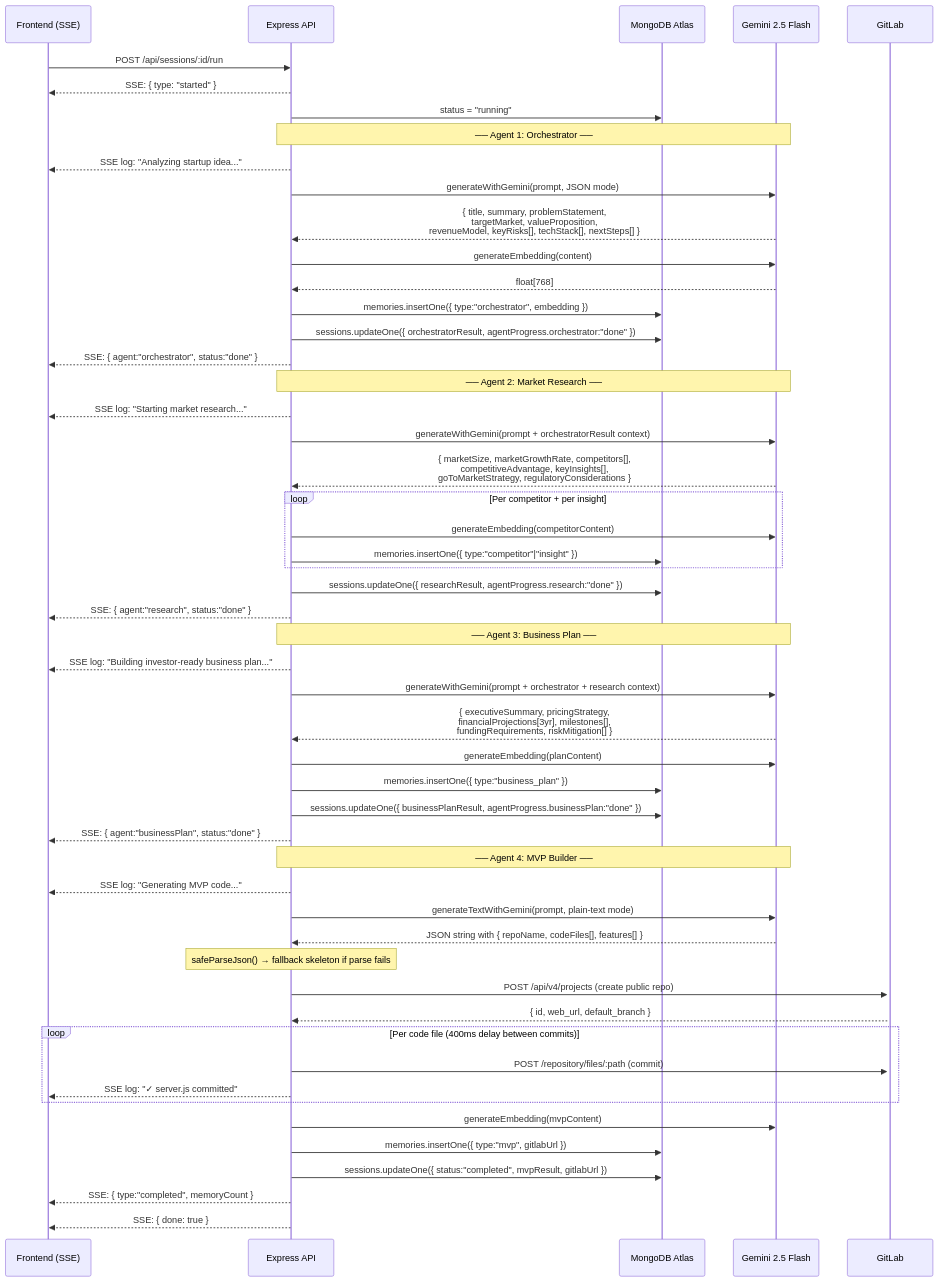
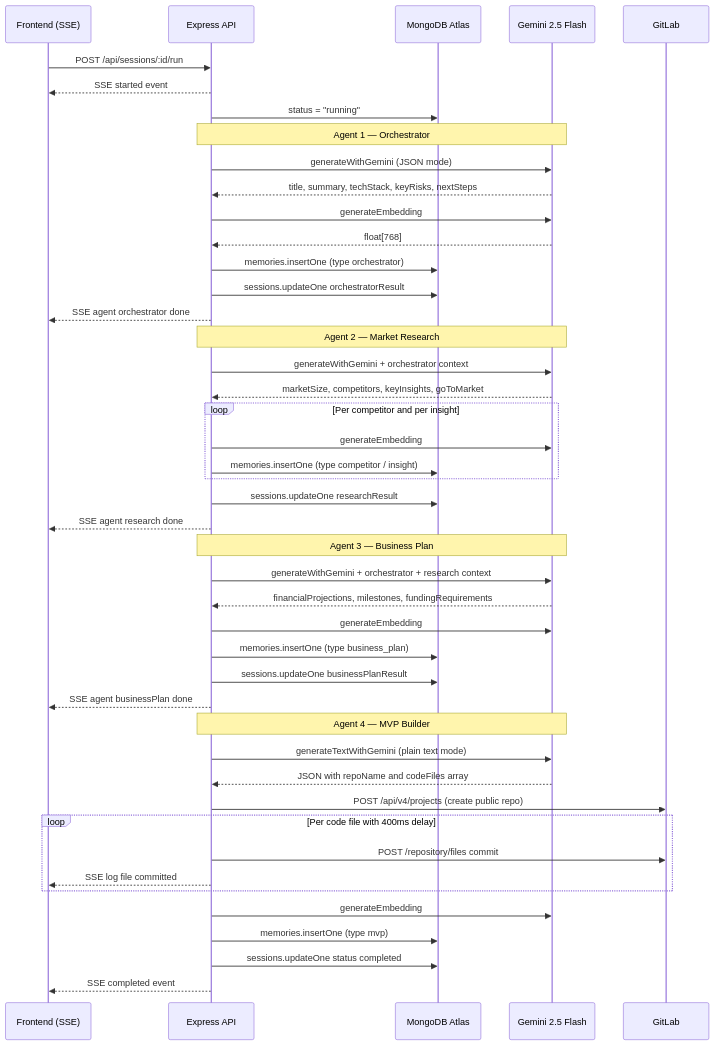
Before and after one commit to muhammad-hameed-ai/FounderAI: the second of 6 diagrams in README.md, drawn with Mermaid. The commit also changed other lines of this file, not shown here.

Commit message:
fix: remove CDATA wrapper that broke README rendering on GitHub

````diff
--- a/README.md
+++ b/README.md
@@ -159,58 +152,51 @@
 ```mermaid
 sequenceDiagram
     participant FE as Frontend (SSE)
     participant API as Express API
     participant DB as MongoDB Atlas
     participant G as Gemini 2.5 Flash
 
     FE->>API: POST /api/sessions/:id/run
-    API-->>FE: SSE: { type: "started" }
+    API-->>FE: SSE started event
     API->>DB: status = "running"
 
-    Note over API,G: ── Agent 1: Orchestrator ──
-    API-->>FE: SSE log: "Analyzing startup idea..."
-    API->>G: generateWithGemini(prompt, JSON mode)
-    G-->>API: { title, summary, problemStatement,<br/>targetMarket, valueProposition,<br/>revenueModel, keyRisks[], techStack[], nextSteps[] }
-    API->>G: generateEmbedding(content)
+    Note over API,G: Agent 1 — Orchestrator
+    API->>G: generateWithGemini (JSON mode)
+    G-->>API: title, summary, techStack, keyRisks, nextSteps
+    API->>G: generateEmbedding
     G-->>API: float[768]
-    API->>DB: memories.insertOne({ type:"orchestrator", embedding })
-    API->>DB: sessions.updateOne({ orchestratorResult, agentProgress.orchestrator:"done" })
-    API-->>FE: SSE: { agent:"orchestrator", status:"done" }
+    API->>DB: memories.insertOne (type orchestrator)
+    API->>DB: sessions.updateOne orchestratorResult
+    API-->>FE: SSE agent orchestrator done
 
-    Note over API,G: ── Agent 2: Market Research ──
-    API-->>FE: SSE log: "Starting market research..."
-    API->>G: generateWithGemini(prompt + orchestratorResult context)
-    G-->>API: { marketSize, marketGrowthRate, competitors[],<br/>competitiveAdvantage, keyInsights[],<br/>goToMarketStrategy, regulatoryConsiderations }
-    loop Per competitor + per insight
-        API->>G: generateEmbedding(competitorContent)
-        API->>DB: memories.insertOne({ type:"competitor"|"insight" })
+    Note over API,G: Agent 2 — Market Research
+    API->>G: generateWithGemini + orchestrator context
+    G-->>API: marketSize, competitors, keyInsights, goToMarket
+    loop Per competitor and per insight
+        API->>G: generateEmbedding
+        API->>DB: memories.insertOne (type competitor / insight)
     end
-    API->>DB: sessions.updateOne({ researchResult, agentProgress.research:"done" })
-    API-->>FE: SSE: { agent:"research", status:"done" }
+    API->>DB: sessions.updateOne researchResult
+    API-->>FE: SSE agent research done
 
-    Note over API,G: ── Agent 3: Business Plan ──
-    API-->>FE: SSE log: "Building investor-ready business plan..."
-    API->>G: generateWithGemini(prompt + orchestrator + research context)
-    G-->>API: { executiveSummary, pricingStrategy,<br/>financialProjections[3yr], milestones[],<br/>fundingRequirements, riskMitigation[] }
-    API->>G: generateEmbedding(planContent)
-    API->>DB: memories.insertOne({ type:"business_plan" })
-    API->>DB: sessions.updateOne({ businessPlanResult, agentProgress.businessPlan:"done" })
-    API-->>FE: SSE: { agent:"businessPlan", status:"done" }
+    Note over API,G: Agent 3 — Business Plan
+    API->>G: generateWithGemini + orchestrator + research context
+    G-->>API: financialProjections, milestones, fundingRequirements
+    API->>G: generateEmbedding
+    API->>DB: memories.insertOne (type business_plan)
+    API->>DB: sessions.updateOne businessPlanResult
+    API-->>FE: SSE agent businessPlan done
 
-    Note over API,G: ── Agent 4: MVP Builder ──
-    API-->>FE: SSE log: "Generating MVP code..."
-    API->>G: generateTextWithGemini(prompt, plain-text mode)
-    G-->>API: JSON string with { repoName, codeFiles[], features[] }
-    Note over API: safeParseJson() → fallback skeleton if parse fails
-    API->>+GitLab: POST /api/v4/projects (create public repo)
-    GitLab-->>API: { id, web_url, default_branch }
-    loop Per code file (400ms delay between commits)
-        API->>GitLab: POST /repository/files/:path (commit)
-        API-->>FE: SSE log: "✓ server.js committed"
+    Note over API,G: Agent 4 — MVP Builder
+    API->>G: generateTextWithGemini (plain text mode)
+    G-->>API: JSON with repoName and codeFiles array
+    API->>GitLab: POST /api/v4/projects (create public repo)
+    loop Per code file with 400ms delay
+        API->>GitLab: POST /repository/files commit
+        API-->>FE: SSE log file committed
     end
-    API->>G: generateEmbedding(mvpContent)
-    API->>DB: memories.insertOne({ type:"mvp", gitlabUrl })
-    API->>DB: sessions.updateOne({ status:"completed", mvpResult, gitlabUrl })
-    API-->>FE: SSE: { type:"completed", memoryCount }
-    API-->>FE: SSE: { done: true }
+    API->>G: generateEmbedding
+    API->>DB: memories.insertOne (type mvp)
+    API->>DB: sessions.updateOne status completed
+    API-->>FE: SSE completed event
 ```
````
